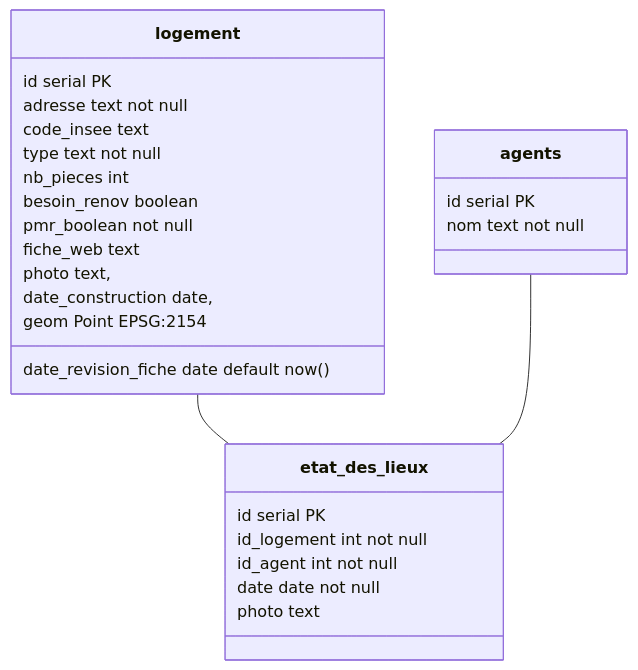
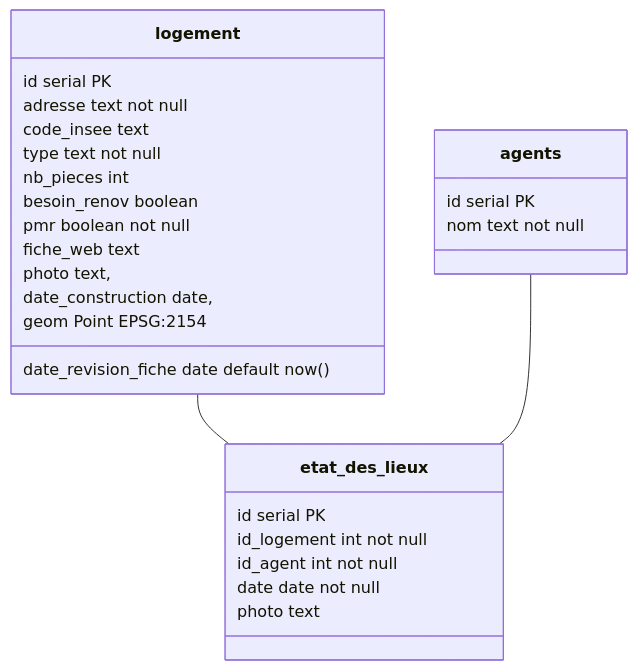
One commit to 3liz/3liz.github.io changed the diagram in docs/workshop/lizmap.md. Above: the diagram before and after it, drawn with Mermaid.

Commit message:
Fix typo in SQL

````diff
--- a/docs/workshop/lizmap.md
+++ b/docs/workshop/lizmap.md
@@ -7,33 +7,33 @@
 ```mermaid
 classDiagram
 class logement{
     id serial PK
     adresse text not null
     code_insee text
     type text not null
     nb_pieces int
     besoin_renov boolean
-    pmr_boolean not null
+    pmr boolean not null
     fiche_web text
     photo text,
     date_construction date,
     date_revision_fiche date default now()
     geom Point EPSG:2154
 }
 
 class agents{
     id serial PK
     nom text not null
 }
 
 class etat_des_lieux{
     id serial PK
     id_logement int not null
     id_agent int not null
     date date not null
     photo text
 }
 
 logement -- etat_des_lieux
 agents -- etat_des_lieux
 ```
````
